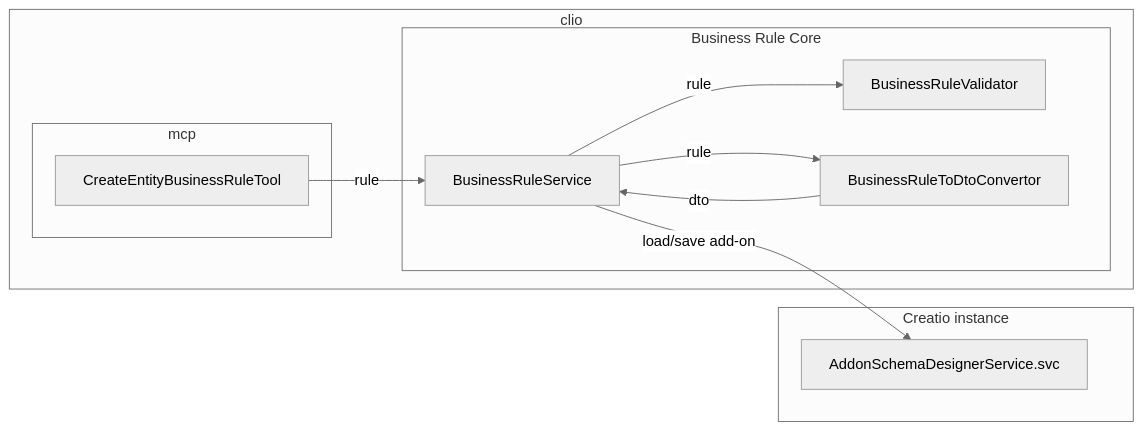
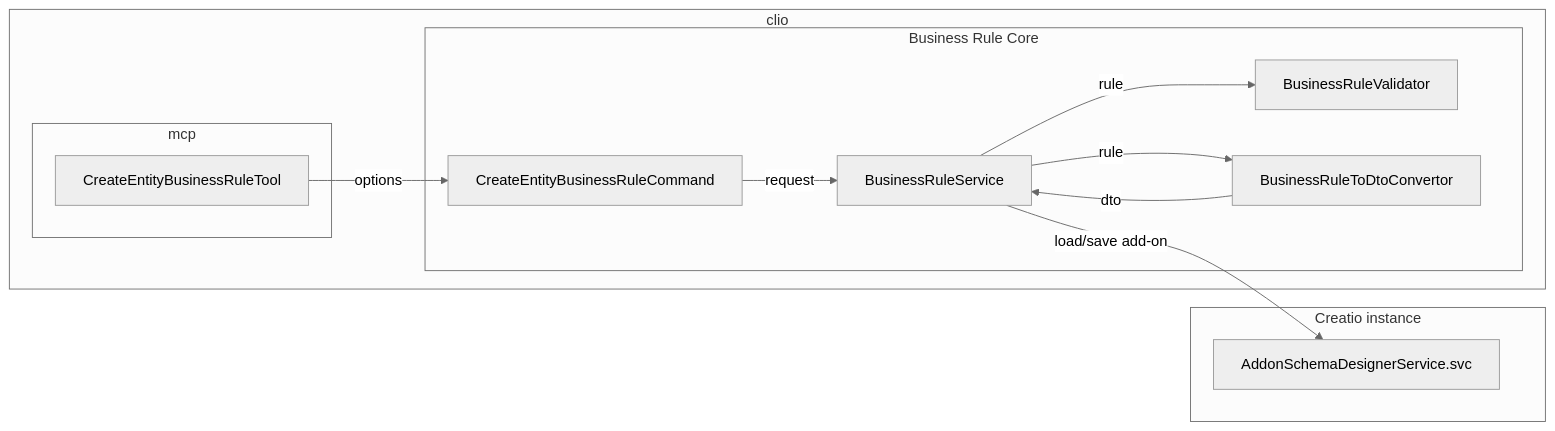
Before and after one commit to Advance-Technologies-Foundation/clio: the diagram in spec/business-rules/business-rules-architecture.md, drawn with Mermaid (neutral theme). The commit also changed other lines of this file and 8 other files, not shown here.

````diff
--- a/spec/business-rules/business-rules-architecture.md
+++ b/spec/business-rules/business-rules-architecture.md
@@ -9,24 +9,26 @@
 ```mermaid
 flowchart LR
     subgraph Clio["clio"]
         subgraph MCP["mcp"]
             Tool["CreateEntityBusinessRuleTool"]
         end
 
         subgraph Core["Business Rule Core"]
+            Command["CreateEntityBusinessRuleCommand"]
             Service["BusinessRuleService"]
             Validator["BusinessRuleValidator"]
             Convertor["BusinessRuleToDtoConvertor"]
         end
     end
 
     subgraph Creatio["Creatio instance"]
         Addon["AddonSchemaDesignerService.svc"]
     end
 
-    Tool -->|"rule"| Service
+    Tool -->|"options"| Command
+    Command -->|"request"| Service
     Service -->|"rule"| Validator
     Service -->|"rule"| Convertor
     Convertor -->|"dto"| Service
     Service -->|"load/save add-on"| Addon
 ```
````
